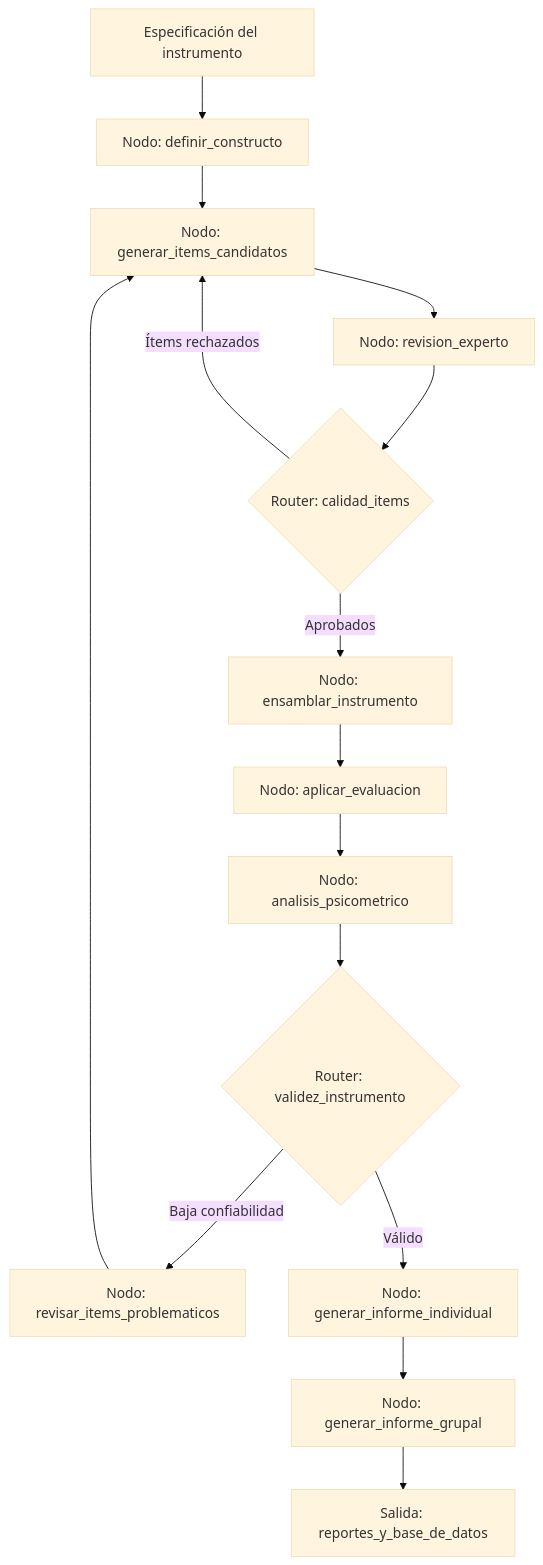
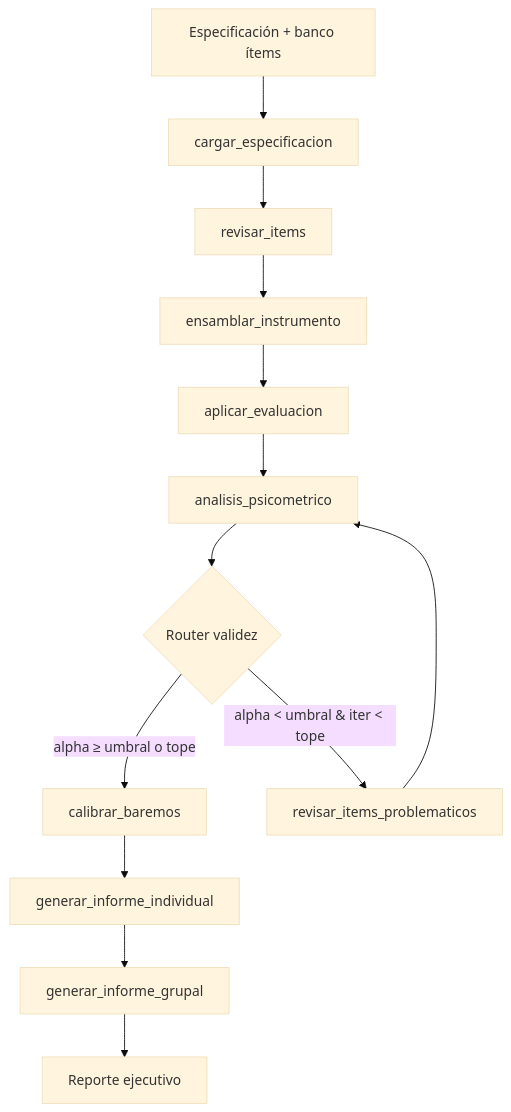
The diagram in cases/12-psicometria-evaluaciones/README.md (vladimiracunadev-create/langgraph-realworld), drawn with Mermaid (base theme) before and after one commit. The commit also changed other lines of this file and 54 other files, not shown here.

````diff
--- a/cases/12-psicometria-evaluaciones/README.md
+++ b/cases/12-psicometria-evaluaciones/README.md
@@ -16,17 +16,15 @@
 ```mermaid
 graph TD
-    A[Especificación del instrumento] --> B[Nodo: definir_constructo]
-    B --> C[Nodo: generar_items_candidatos]
-    C --> D[Nodo: revision_experto]
-    D --> E{Router: calidad_items}
-    E -->|Ítems rechazados| C
-    E -->|Aprobados| F[Nodo: ensamblar_instrumento]
-    F --> G[Nodo: aplicar_evaluacion]
-    G --> H[Nodo: analisis_psicometrico]
-    H --> I{Router: validez_instrumento}
-    I -->|Baja confiabilidad| J[Nodo: revisar_items_problematicos]
-    J --> C
-    I -->|Válido| K[Nodo: generar_informe_individual]
-    K --> L[Nodo: generar_informe_grupal]
-    L --> M[Salida: reportes_y_base_de_datos]
+    A[Especificación + banco ítems] --> B[cargar_especificacion]
+    B --> C[revisar_items]
+    C --> D[ensamblar_instrumento]
+    D --> E[aplicar_evaluacion]
+    E --> F[analisis_psicometrico]
+    F --> G{Router validez}
+    G -->|alpha ≥ umbral o tope| H[calibrar_baremos]
+    G -->|alpha < umbral & iter < tope| I[revisar_items_problematicos]
+    I --> F
+    H --> J[generar_informe_individual]
+    J --> K[generar_informe_grupal]
+    K --> END[Reporte ejecutivo]
 ```
````
